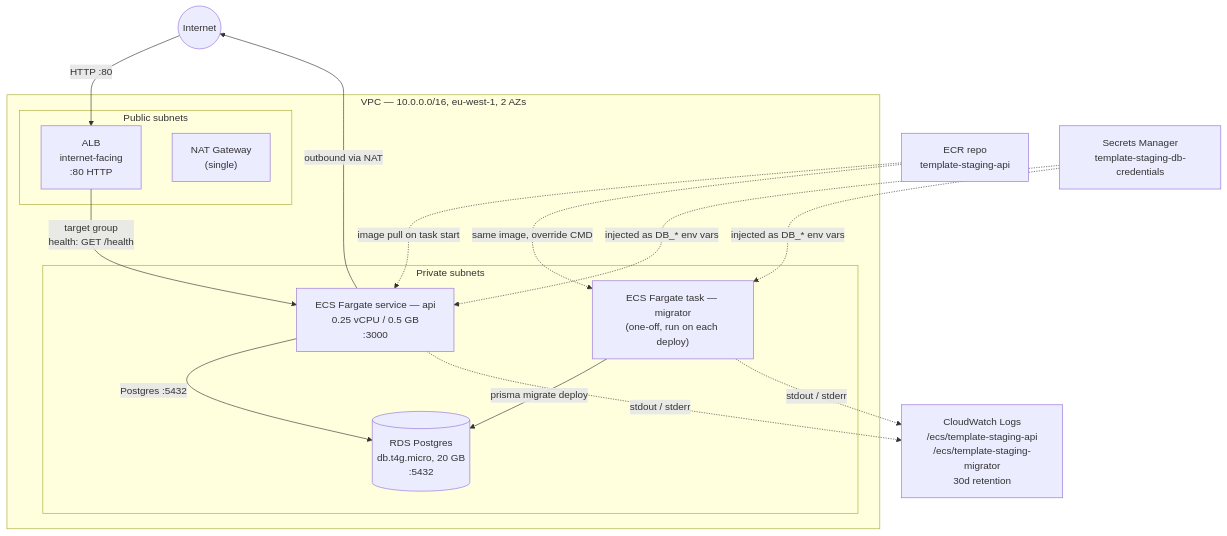
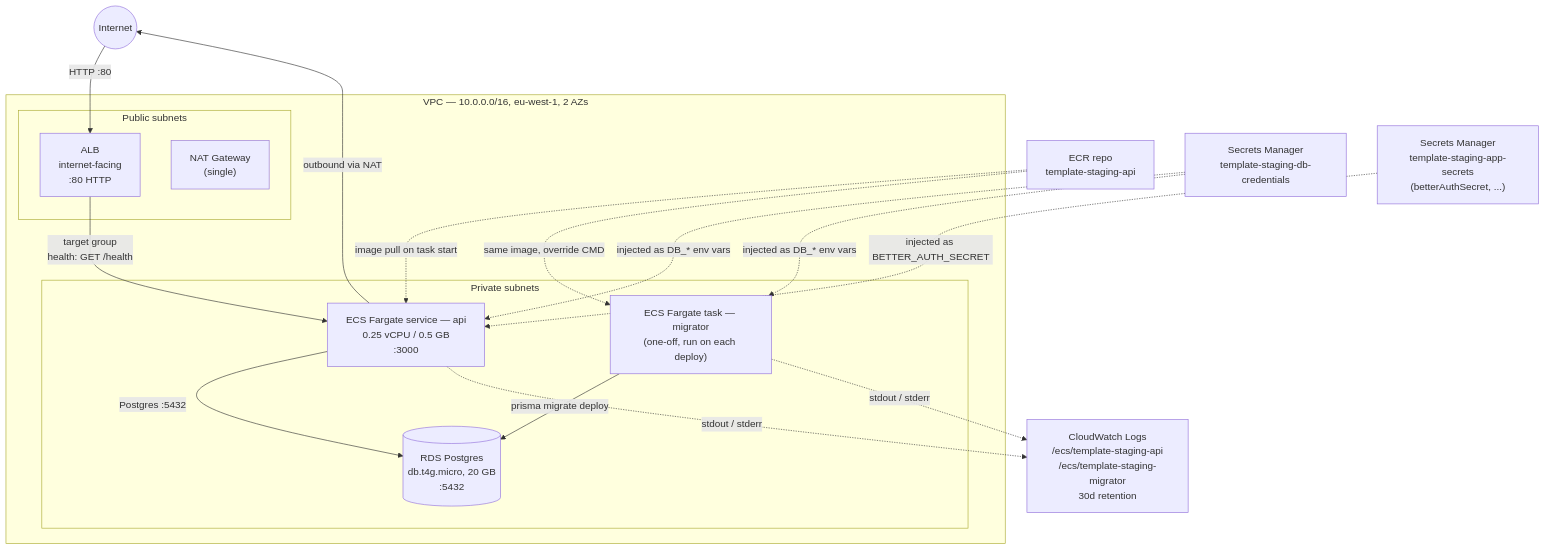
One commit to ashleyjtaylor/template changed the first of 2 diagrams in docs/system-design.md. Above: the diagram before and after it, drawn with Mermaid. The commit also changed other lines of this file and 12 other files, not shown here.

````diff
--- a/docs/system-design.md
+++ b/docs/system-design.md
@@ -9,32 +9,34 @@
 ```mermaid
 graph TB
     Internet((Internet))
 
     subgraph VPC["VPC — 10.0.0.0/16, eu-west-1, 2 AZs"]
         subgraph PublicSubnets["Public subnets"]
             ALB["ALB<br/>internet-facing<br/>:80 HTTP"]
             NAT["NAT Gateway<br/>(single)"]
         end
         subgraph PrivateSubnets["Private subnets"]
             ECS["ECS Fargate service — api<br/>0.25 vCPU / 0.5 GB<br/>:3000"]
             Migrator["ECS Fargate task — migrator<br/>(one-off, run on each deploy)"]
             RDS[("RDS Postgres<br/>db.t4g.micro, 20 GB<br/>:5432")]
         end
     end
 
     ECR["ECR repo<br/>template-staging-api"]
     Logs["CloudWatch Logs<br/>/ecs/template-staging-api<br/>/ecs/template-staging-migrator<br/>30d retention"]
-    Secret["Secrets Manager<br/>template-staging-db-credentials"]
+    DbSecret["Secrets Manager<br/>template-staging-db-credentials"]
+    AppSecrets["Secrets Manager<br/>template-staging-app-secrets<br/>(betterAuthSecret, ...)"]
 
     Internet -->|HTTP :80| ALB
     ALB -->|target group<br/>health: GET /health| ECS
     ECS -->|Postgres :5432| RDS
     Migrator -->|prisma migrate deploy| RDS
     ECS -->|outbound via NAT| Internet
     ECR -.->|image pull on task start| ECS
     ECR -.->|same image, override CMD| Migrator
-    Secret -.->|injected as DB_* env vars| ECS
-    Secret -.->|injected as DB_* env vars| Migrator
+    DbSecret -.->|injected as DB_* env vars| ECS
+    DbSecret -.->|injected as DB_* env vars| Migrator
+    AppSecrets -.->|injected as BETTER_AUTH_SECRET| ECS
     ECS -.->|stdout / stderr| Logs
     Migrator -.->|stdout / stderr| Logs
 ```
````
